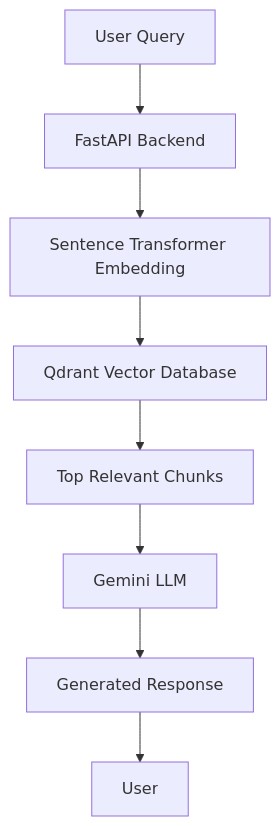
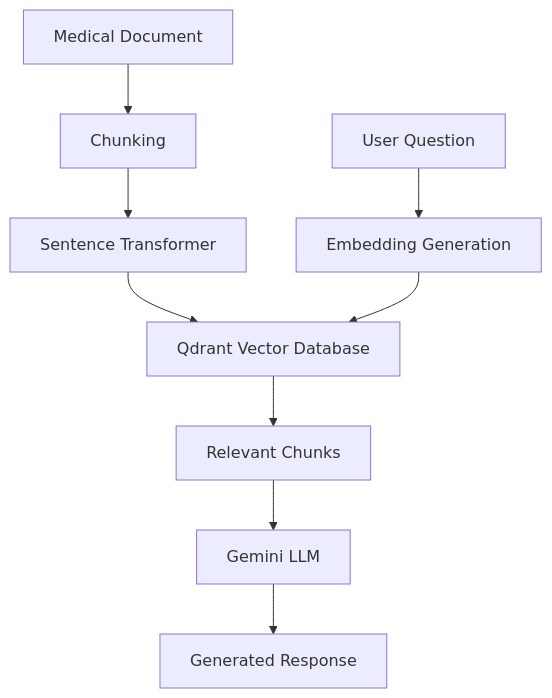
Before and after one commit to Anmolbhattarai-AI/medical-rag-chatbot: the diagram in README.md, drawn with Mermaid. The commit also changed other lines of this file, not shown here.

````diff
--- a/README.md
+++ b/README.md
@@ -28,17 +52,19 @@
 ```mermaid
 flowchart TD
 
-A[User Query] --> B[FastAPI Backend]
+A[Medical Document] --> B[Chunking]
 
-B --> C[Sentence Transformer Embedding]
+B --> C[Sentence Transformer]
 
 C --> D[Qdrant Vector Database]
 
-D --> E[Top Relevant Chunks]
+E[User Question] --> F[Embedding Generation]
 
-E --> F[Gemini LLM]
+F --> D
 
-F --> G[Generated Response]
+D --> G[Relevant Chunks]
 
-G --> H[User]
+G --> H[Gemini LLM]
+
+H --> I[Generated Response]
 ```
````
